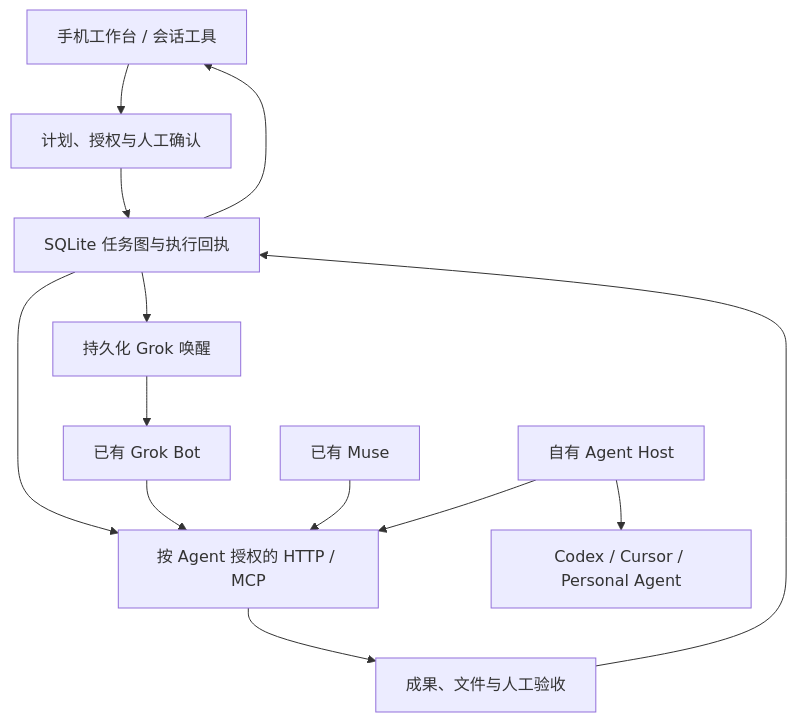
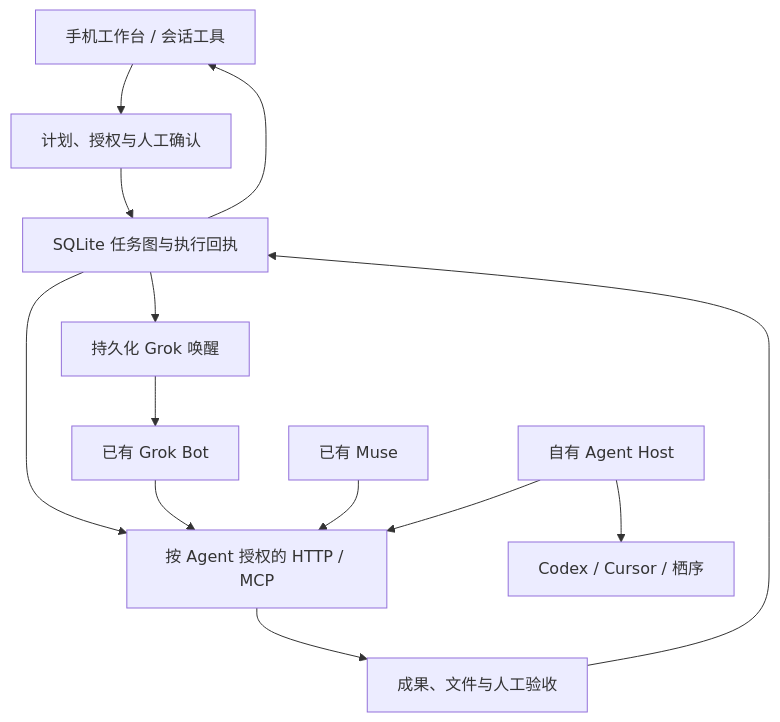
Before and after one commit to zypgo/personal-agent: the diagram in docs/MULTI_AGENT.md, drawn with Mermaid. The commit also changed other lines of this file and 65 other files, not shown here.

````diff
--- a/docs/MULTI_AGENT.md
+++ b/docs/MULTI_AGENT.md
@@ -23,15 +23,15 @@
 ```mermaid
 flowchart TD
     UI["手机工作台 / 会话工具"] --> PLAN["计划、授权与人工确认"]
     PLAN --> DB["SQLite 任务图与执行回执"]
     DB --> WAKE["持久化 Grok 唤醒"]
     WAKE --> GROK["已有 Grok Bot"]
     DB --> API["按 Agent 授权的 HTTP / MCP"]
     GROK --> API
     MUSE["已有 Muse"] --> API
     HOST["自有 Agent Host"] --> API
-    HOST --> CLI["Codex / Cursor / Personal Agent"]
+    HOST --> CLI["Codex / Cursor / 栖序"]
     API --> REVIEW["成果、文件与人工验收"]
     REVIEW --> DB
     DB --> UI
 ```
````
